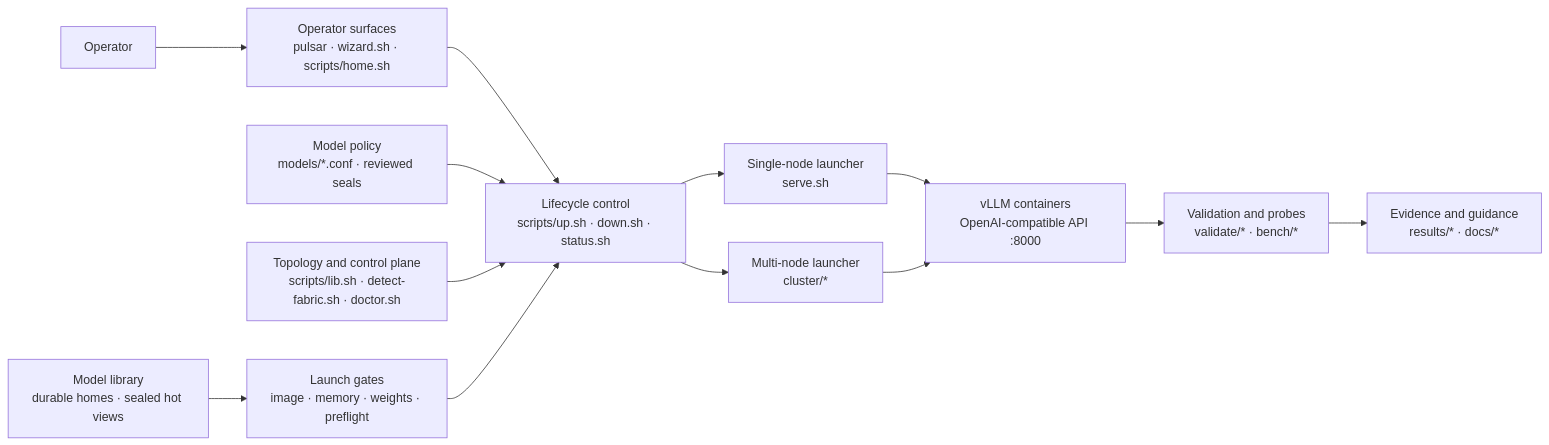
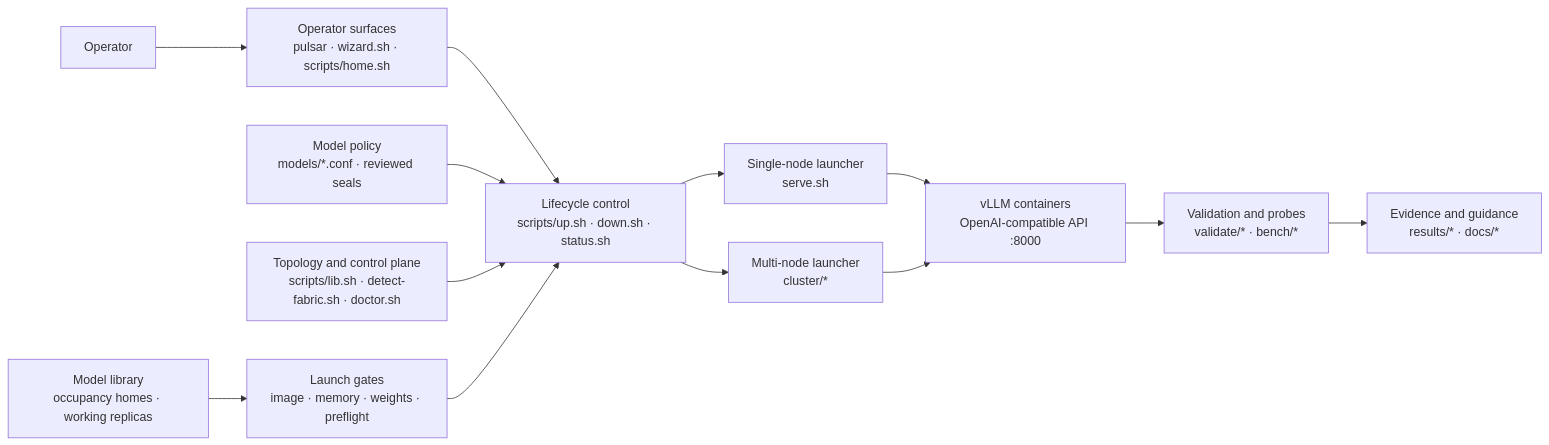
Before and after one commit to luisefigueroa/pulsar-gb10-vllm-stack: the diagram in README.md, drawn with Mermaid. The commit also changed other lines of this file and 7 other files, not shown here.

````diff
--- a/README.md
+++ b/README.md
@@ -25,19 +25,19 @@
 ```mermaid
 flowchart LR
   operator["Operator"] --> surfaces["Operator surfaces<br/>pulsar · wizard.sh · scripts/home.sh"]
   surfaces --> lifecycle["Lifecycle control<br/>scripts/up.sh · down.sh · status.sh"]
 
   profiles["Model policy<br/>models/*.conf · reviewed seals"] --> lifecycle
   topology["Topology and control plane<br/>scripts/lib.sh · detect-fabric.sh · doctor.sh"] --> lifecycle
   artifacts["Launch gates<br/>image · memory · weights · preflight"] --> lifecycle
 
   lifecycle --> single["Single-node launcher<br/>serve.sh"]
   lifecycle --> cluster["Multi-node launcher<br/>cluster/*"]
   single --> runtime["vLLM containers<br/>OpenAI-compatible API :8000"]
   cluster --> runtime
 
-  library["Model library<br/>durable homes · sealed hot views"] --> artifacts
+  library["Model library<br/>occupancy homes · working replicas"] --> artifacts
 
   runtime --> validation["Validation and probes<br/>validate/* · bench/*"]
   validation --> evidence["Evidence and guidance<br/>results/* · docs/*"]
 ```
````
